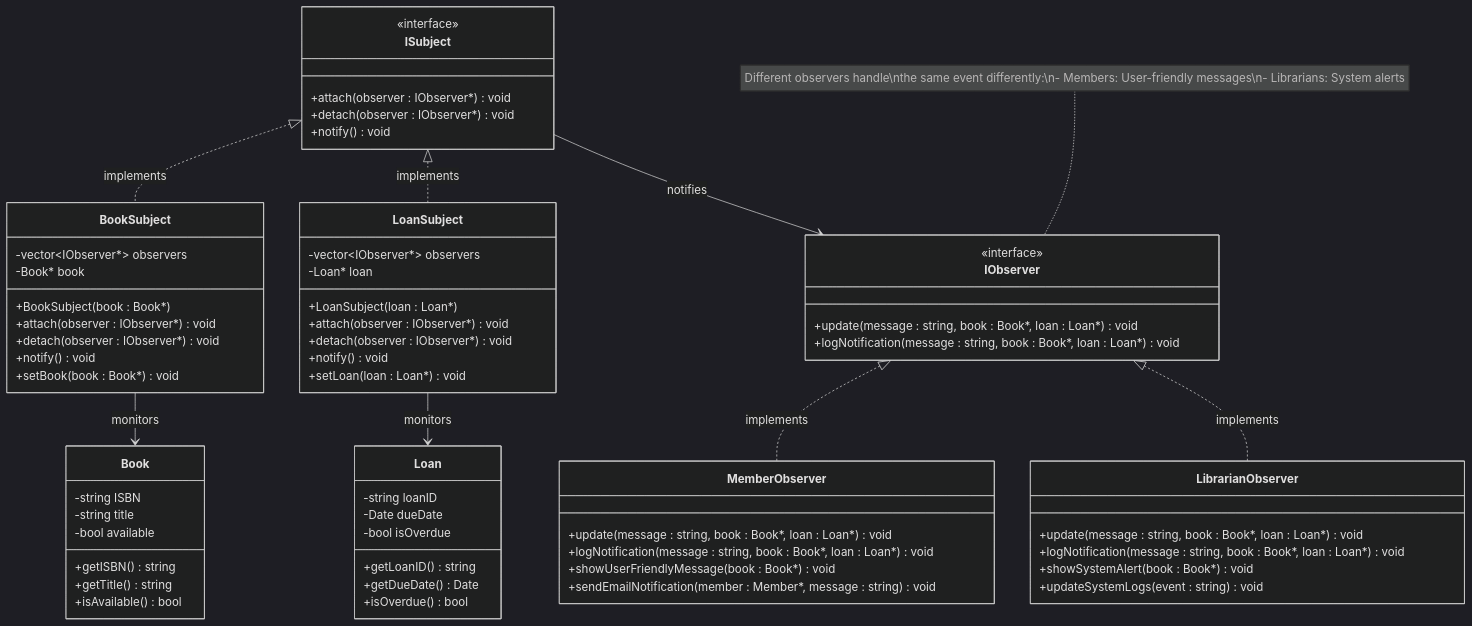
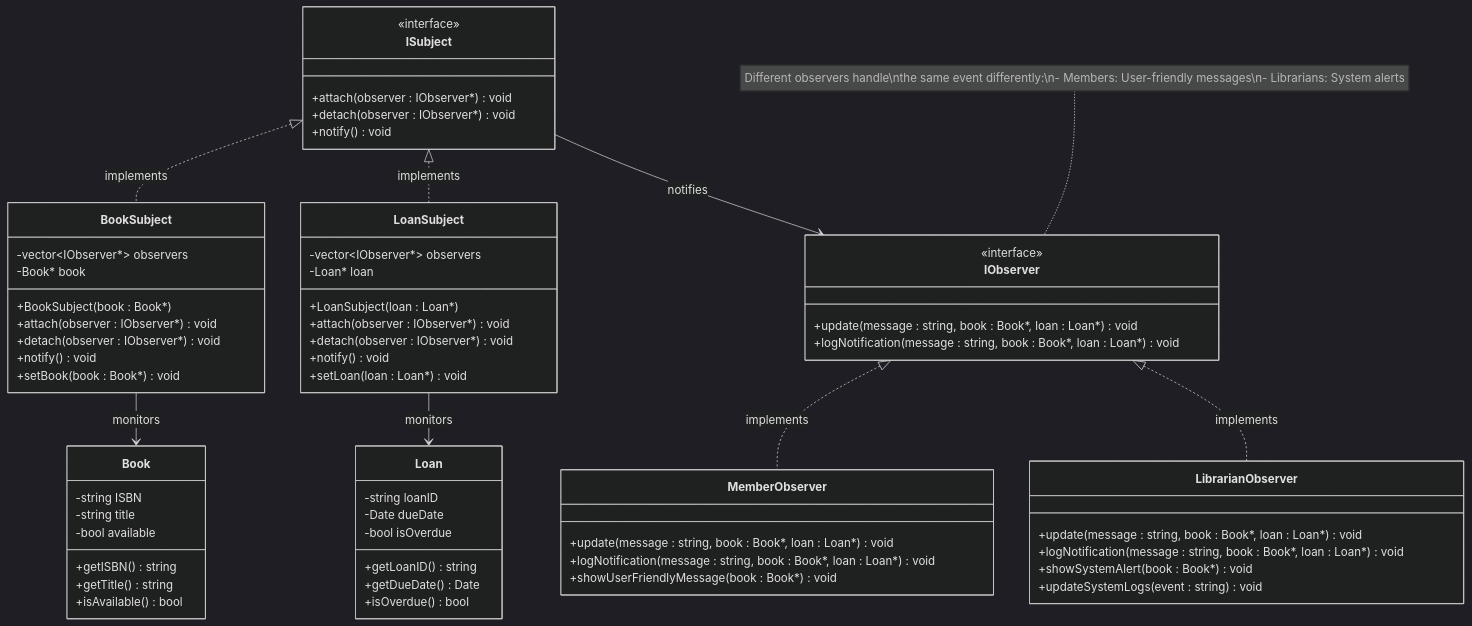
Before and after one commit to DankDaPancake/LibraryManagementSystem: diagram 20 of 29 in docs/report.md, drawn with Mermaid (dark theme). The commit also changed other lines of this file, not shown here.

````diff
--- a/docs/report.md
+++ b/docs/report.md
@@ -1686,78 +1667,77 @@
 ```mermaid
 classDiagram
     class ISubject {
         <<interface>>
         +attach(observer : IObserver*) void
         +detach(observer : IObserver*) void
         +notify() void
     }
     
     class IObserver {
         <<interface>>
         +update(message : string, book : Book*, loan : Loan*) void
         +logNotification(message : string, book : Book*, loan : Loan*) void
     }
     
     class BookSubject {
         -vector~IObserver*~ observers
         -Book* book
         +BookSubject(book : Book*)
         +attach(observer : IObserver*) void
         +detach(observer : IObserver*) void
         +notify() void
         +setBook(book : Book*) void
     }
     
     class LoanSubject {
         -vector~IObserver*~ observers
         -Loan* loan
         +LoanSubject(loan : Loan*)
         +attach(observer : IObserver*) void
         +detach(observer : IObserver*) void
         +notify() void
         +setLoan(loan : Loan*) void
     }
     
     class MemberObserver {
         +update(message : string, book : Book*, loan : Loan*) void
         +logNotification(message : string, book : Book*, loan : Loan*) void
         +showUserFriendlyMessage(book : Book*) void
-        +sendEmailNotification(member : Member*, message : string) void
     }
     
     class LibrarianObserver {
         +update(message : string, book : Book*, loan : Loan*) void
         +logNotification(message : string, book : Book*, loan : Loan*) void
         +showSystemAlert(book : Book*) void
         +updateSystemLogs(event : string) void
     }
     
     class Book {
         -string ISBN
         -string title
         -bool available
         +getISBN() string
         +getTitle() string
         +isAvailable() bool
     }
     
     class Loan {
         -string loanID
         -Date dueDate
         -bool isOverdue
         +getLoanID() string
         +getDueDate() Date
         +isOverdue() bool
     }
     
     %% Relationships
     ISubject <|.. BookSubject : implements
     ISubject <|.. LoanSubject : implements
     IObserver <|.. MemberObserver : implements
     IObserver <|.. LibrarianObserver : implements
     BookSubject --> Book : monitors
     LoanSubject --> Loan : monitors
     ISubject --> IObserver : notifies
     
     note for IObserver "Different observers handle\nthe same event differently:\n- Members: User-friendly messages\n- Librarians: System alerts"
 ```
````
